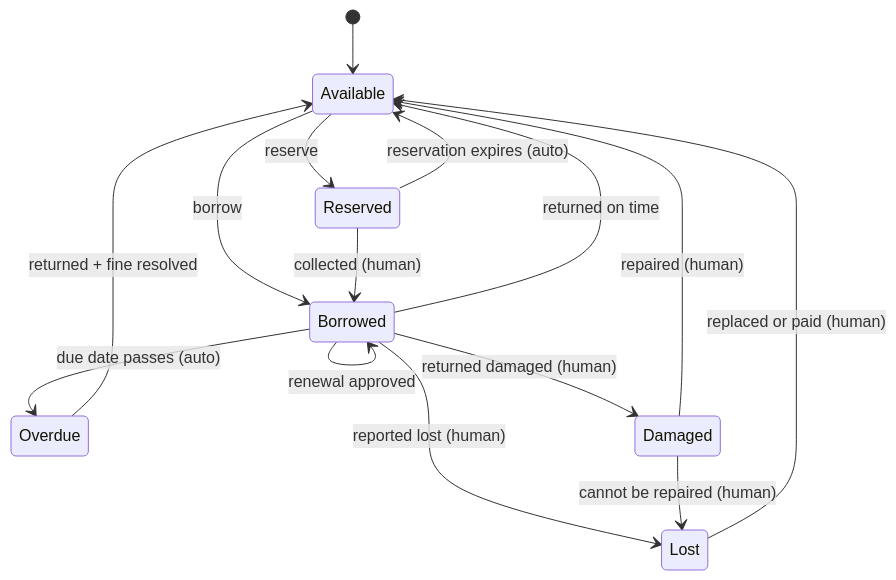
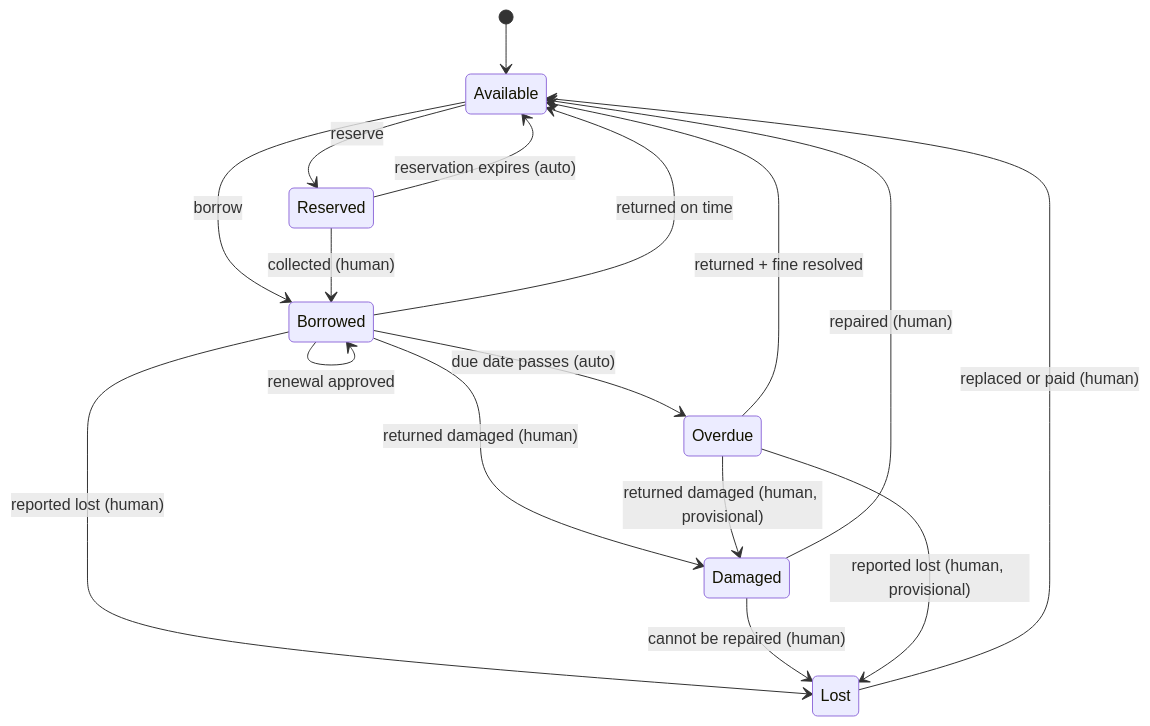
One commit to DONZEGONG/library-management changed the first of 3 diagrams in SPEC.md. Above: the diagram before and after it, drawn with Mermaid. The commit also changed other lines of this file and 7 other files, not shown here.

````diff
--- a/SPEC.md
+++ b/SPEC.md
@@ -67,17 +69,19 @@
 ```mermaid
 stateDiagram-v2
     [*] --> Available
     Available --> Borrowed : borrow
     Available --> Reserved : reserve
     Reserved --> Borrowed : collected (human)
     Reserved --> Available : reservation expires (auto)
     Borrowed --> Available : returned on time
     Borrowed --> Overdue : due date passes (auto)
     Borrowed --> Borrowed : renewal approved
     Borrowed --> Lost : reported lost (human)
     Borrowed --> Damaged : returned damaged (human)
     Overdue --> Available : returned + fine resolved
     Lost --> Available : replaced or paid (human)
     Damaged --> Available : repaired (human)
     Damaged --> Lost : cannot be repaired (human)
+    Overdue --> Lost : reported lost (human, provisional)
+    Overdue --> Damaged : returned damaged (human, provisional)
 ```
````
